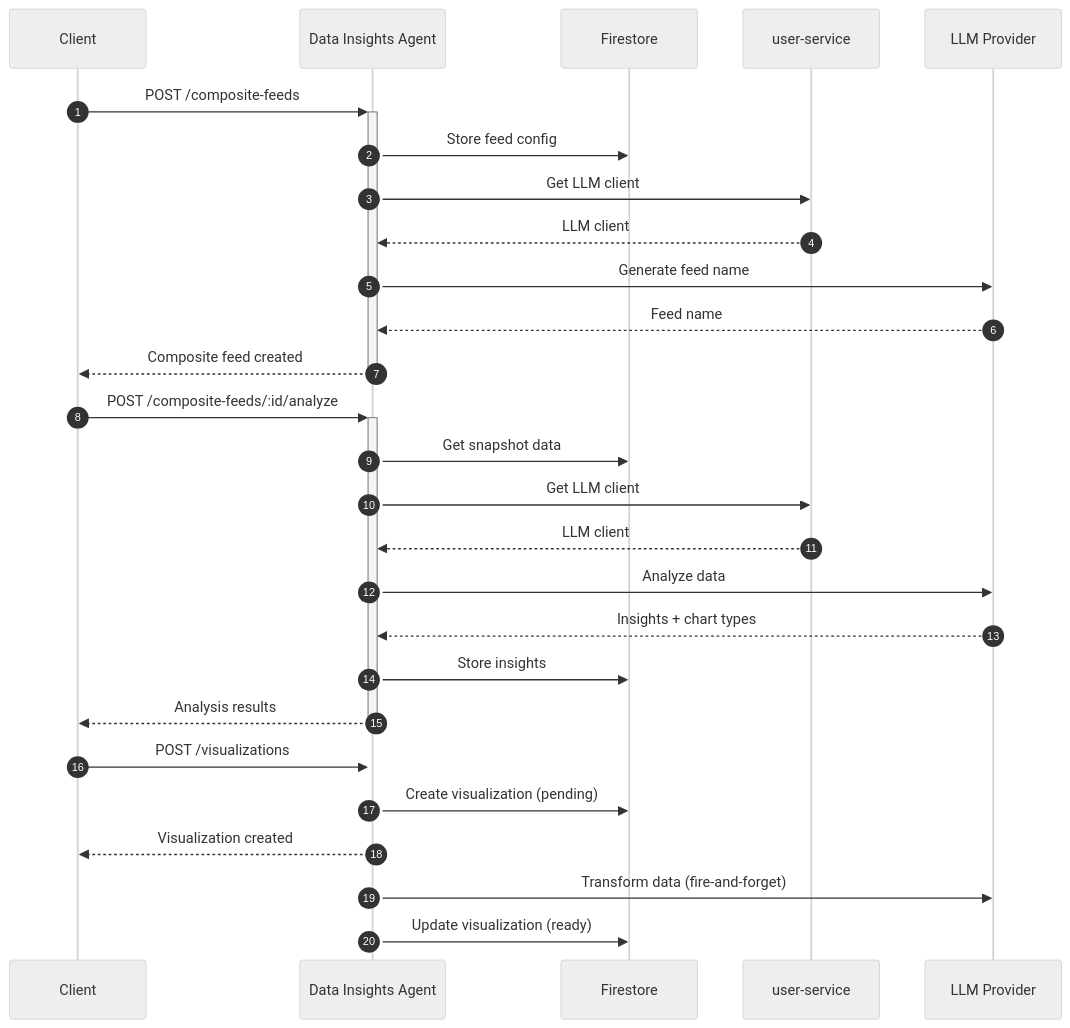
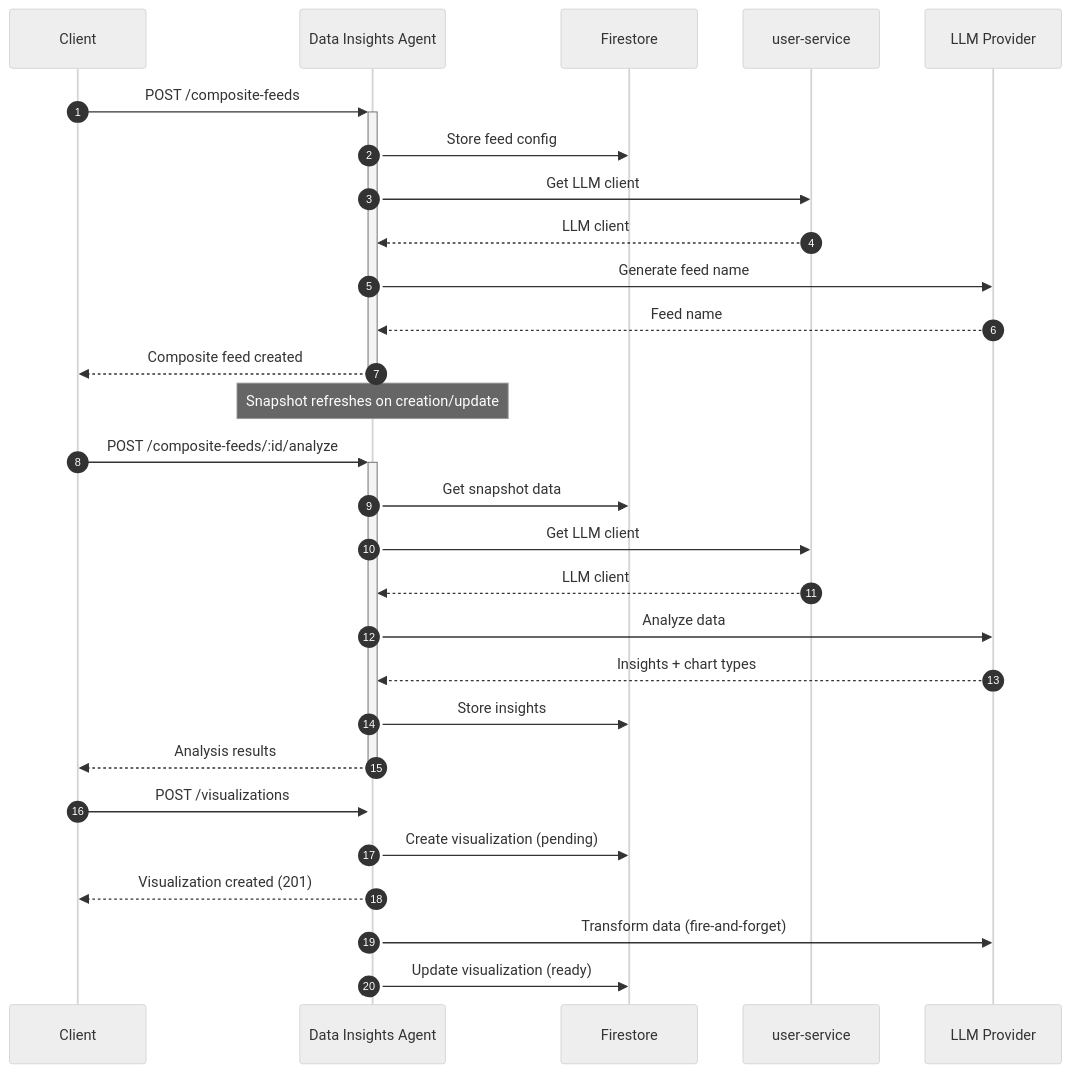
Before and after one commit to pbuchman/intexuraos: the second of 2 diagrams in docs/services/data-insights-agent/technical.md, drawn with Mermaid (neutral theme). The commit also changed other lines of this file and 102 other files, not shown here.

````diff
--- a/docs/services/data-insights-agent/technical.md
+++ b/docs/services/data-insights-agent/technical.md
@@ -49,32 +50,34 @@
 ```mermaid
 sequenceDiagram
     autonumber
     participant Client
     participant DataInsights as Data Insights Agent
     participant Firestore
     participant UserService as user-service
     participant LLM as LLM Provider
 
     Client->>+DataInsights: POST /composite-feeds
     DataInsights->>Firestore: Store feed config
     DataInsights->>UserService: Get LLM client
     UserService-->>DataInsights: LLM client
     DataInsights->>LLM: Generate feed name
     LLM-->>DataInsights: Feed name
     DataInsights-->>-Client: Composite feed created
 
+    Note over DataInsights: Snapshot refreshes on creation/update
+
     Client->>+DataInsights: POST /composite-feeds/:id/analyze
     DataInsights->>Firestore: Get snapshot data
     DataInsights->>UserService: Get LLM client
     UserService-->>DataInsights: LLM client
     DataInsights->>LLM: Analyze data
     LLM-->>DataInsights: Insights + chart types
     DataInsights->>Firestore: Store insights
     DataInsights-->>-Client: Analysis results
 
     Client->>+DataInsights: POST /visualizations
     DataInsights->>Firestore: Create visualization (pending)
-    DataInsights-->>Client: Visualization created
+    DataInsights-->>Client: Visualization created (201)
     DataInsights->>LLM: Transform data (fire-and-forget)
     DataInsights->>Firestore: Update visualization (ready)
 ```
````
